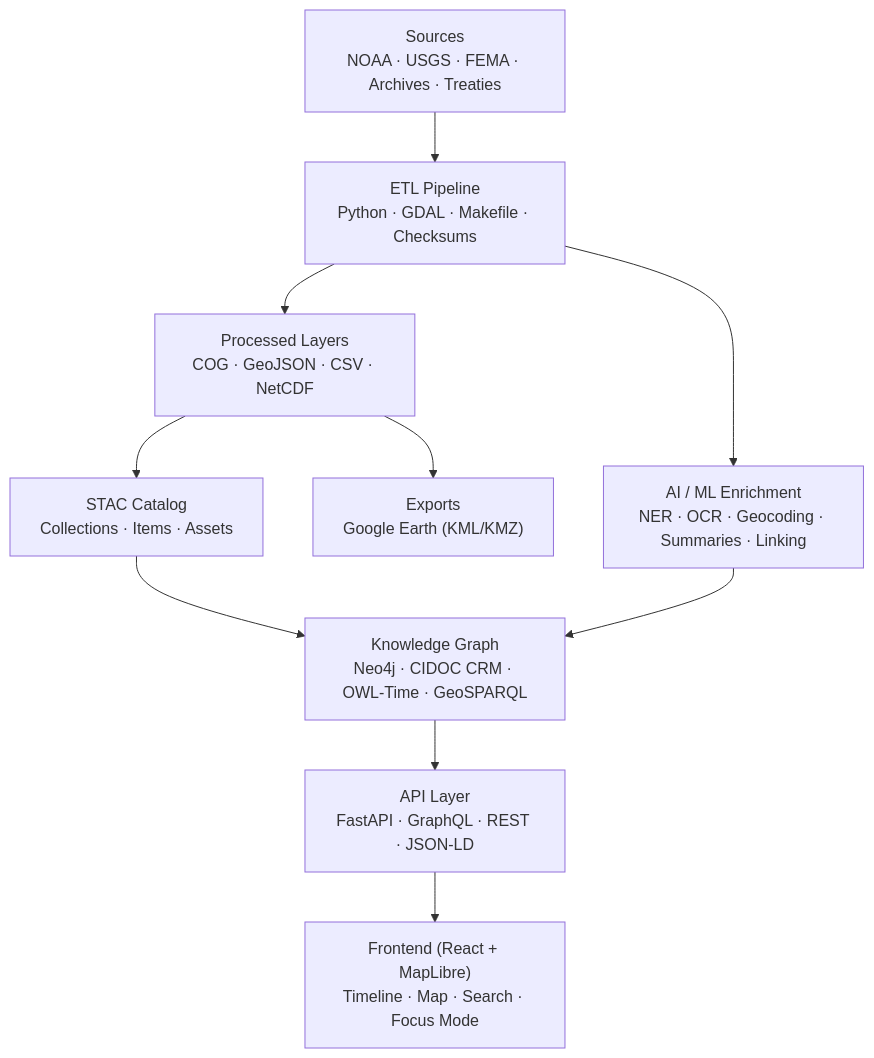
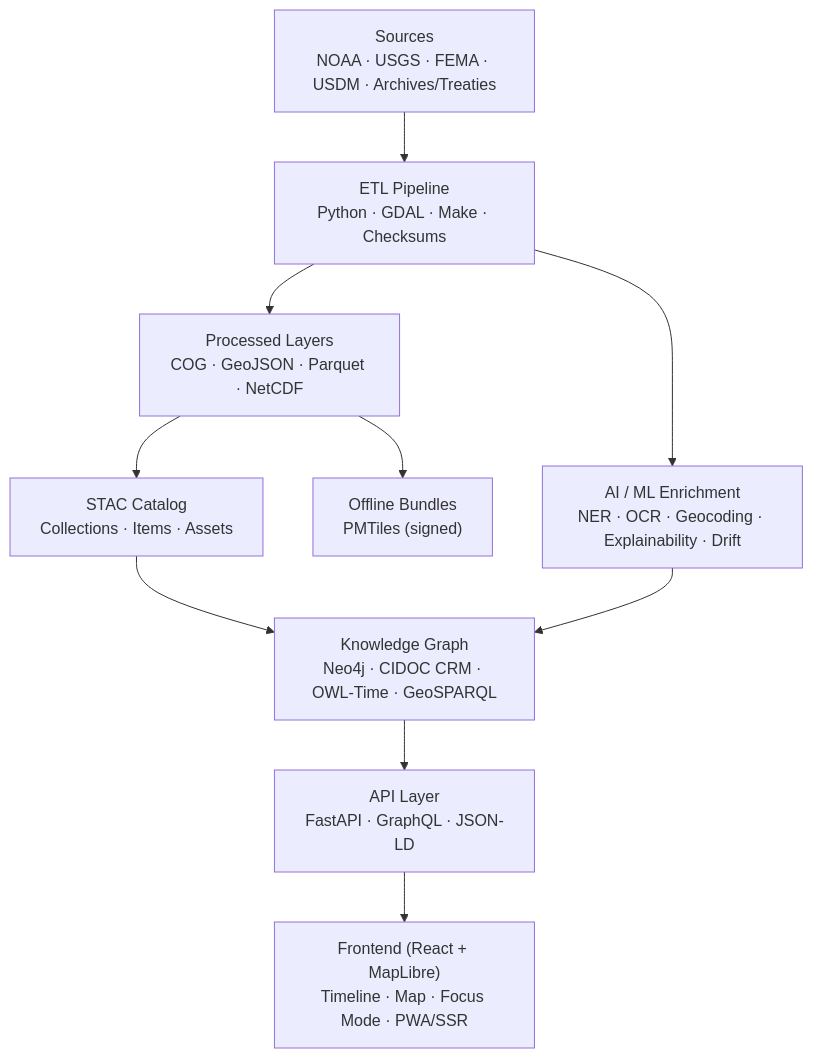
One commit to bartytime4life/Kansas-Frontier-Matrix changed the first of 3 diagrams in ARCHITECTURE.md. Above: the diagram before and after it, drawn with Mermaid. The commit also changed other lines of this file, not shown here.

First line of the commit message:
Upgrade architecture overview to version 4.2.0

````diff
--- a/ARCHITECTURE.md
+++ b/ARCHITECTURE.md
@@ -126,13 +117,12 @@
 ```mermaid
 flowchart TD
-  A["Sources<br/>NOAA · USGS · FEMA · Archives · Treaties"]
-    --> B["ETL Pipeline<br/>Python · GDAL · Makefile · Checksums"]
-  B --> C["Processed Layers<br/>COG · GeoJSON · CSV · NetCDF"]
-  B --> I["AI / ML Enrichment<br/>NER · OCR · Geocoding · Summaries · Linking"]
+  A["Sources<br/>NOAA · USGS · FEMA · USDM · Archives/Treaties"] --> B["ETL Pipeline<br/>Python · GDAL · Make · Checksums"]
+  B --> C["Processed Layers<br/>COG · GeoJSON · Parquet · NetCDF"]
+  B --> I["AI / ML Enrichment<br/>NER · OCR · Geocoding · Explainability · Drift"]
   C --> D["STAC Catalog<br/>Collections · Items · Assets"]
   D --> H["Knowledge Graph<br/>Neo4j · CIDOC CRM · OWL-Time · GeoSPARQL"]
   I --> H
-  H --> J["API Layer<br/>FastAPI · GraphQL · REST · JSON-LD"]
-  J --> F["Frontend (React + MapLibre)<br/>Timeline · Map · Search · Focus Mode"]
-  C --> K["Exports<br/>Google Earth (KML/KMZ)"]
+  H --> J["API Layer<br/>FastAPI · GraphQL · JSON-LD"]
+  J --> F["Frontend (React + MapLibre)<br/>Timeline · Map · Focus Mode · PWA/SSR"]
+  C --> K["Offline Bundles<br/>PMTiles (signed)"]
 ```
````
